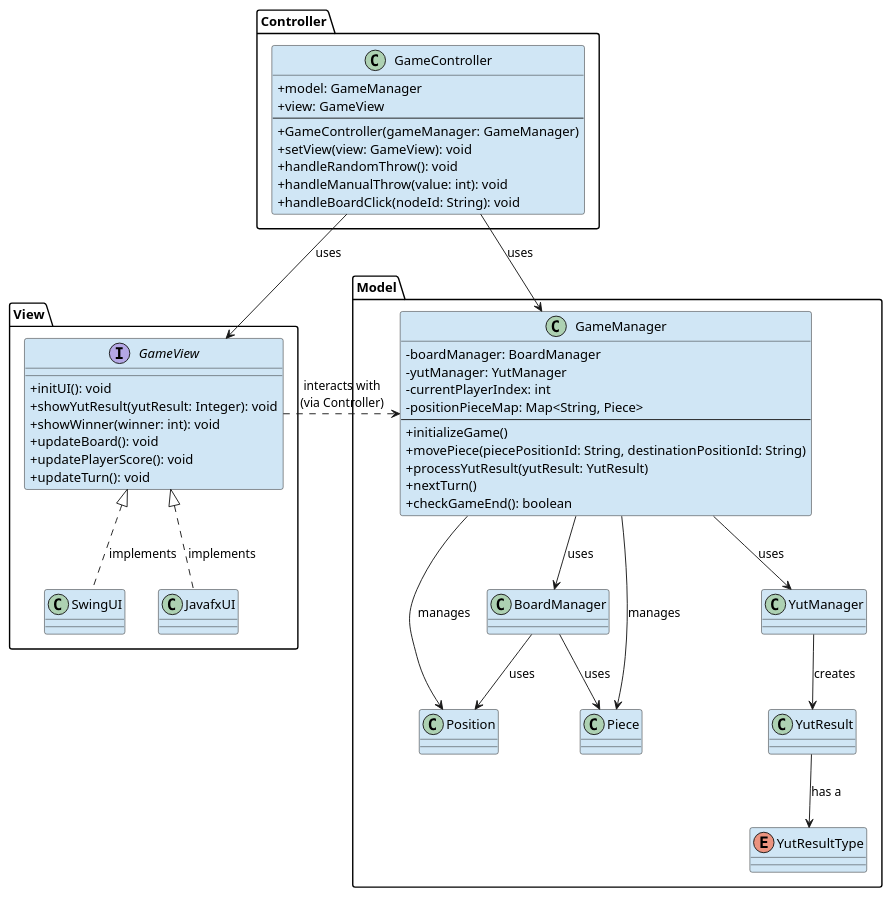
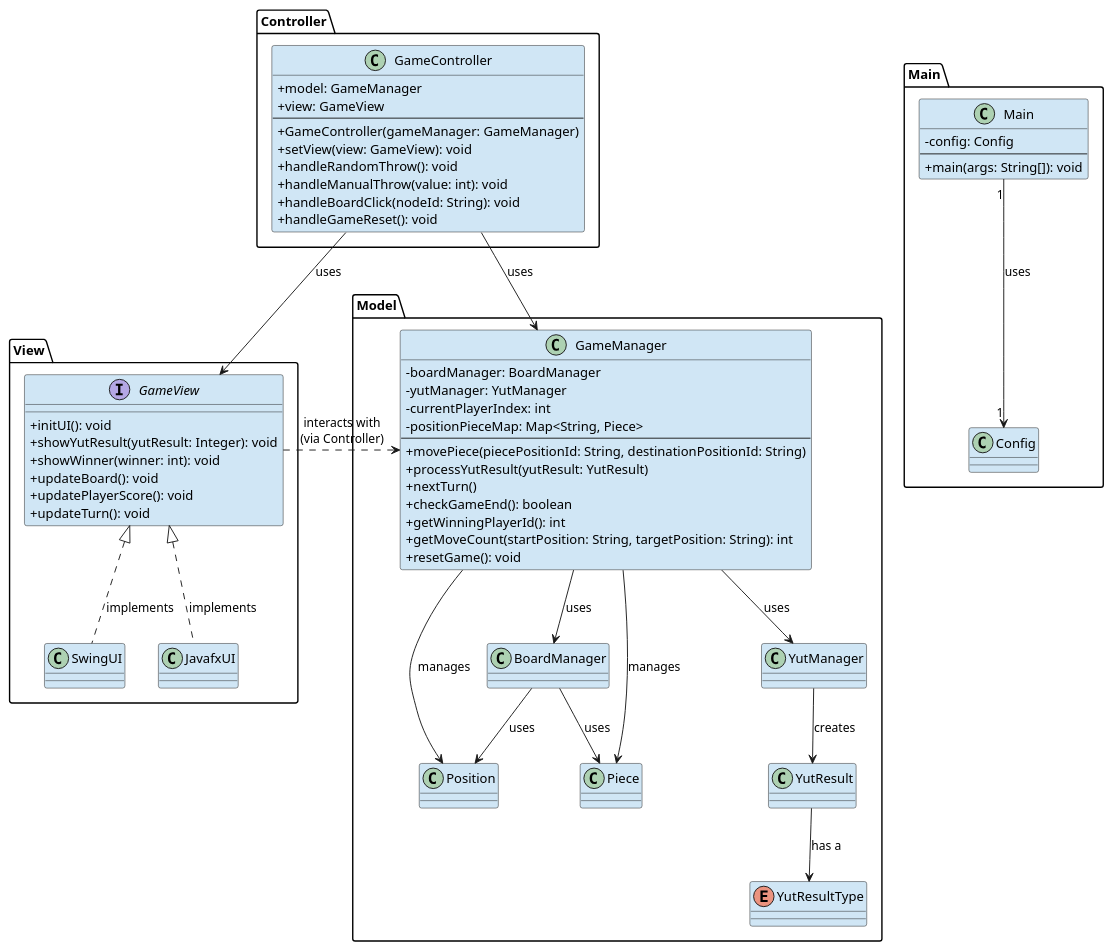
One commit to IISweetHeartII/CAU_Software_Engineering02_11 changed the diagram in diagrams/main-class-diagram.puml. Above: the diagram before and after it, drawn with PlantUML. The commit also changed 4 other files, not shown here.

Commit message:
fix: 다이어그램 추가

```diff
--- a/diagrams/main-class-diagram.puml
+++ b/diagrams/main-class-diagram.puml
@@ -1,75 +1,88 @@
 @startuml main-class-diagram.puml
 
 skinparam classAttributeIconSize 0
 skinparam classBackgroundColor #D0E6F5
 
 package Model {
   class GameManager {
     - boardManager: BoardManager
     - yutManager: YutManager
     - currentPlayerIndex: int
     - positionPieceMap: Map<String, Piece>
     --
-    + initializeGame()
     + movePiece(piecePositionId: String, destinationPositionId: String)
     + processYutResult(yutResult: YutResult)
     + nextTurn()
     + checkGameEnd(): boolean
+    + getWinningPlayerId(): int
+    + getMoveCount(startPosition: String, targetPosition: String): int
+    + resetGame(): void
   }
   class BoardManager
   class Piece
   class Position
   class YutManager
   class YutResult
   enum YutResultType
 
   GameManager --> BoardManager : uses
   GameManager --> YutManager : uses
   GameManager --> Piece : manages
   GameManager --> Position : manages
   YutManager --> YutResult : creates
   YutResult --> YutResultType : has a
   BoardManager --> Position : uses
   BoardManager --> Piece : uses
 }
 
 package View {
   interface GameView {
     + initUI(): void
     + showYutResult(yutResult: Integer): void
     + showWinner(winner: int): void
     + updateBoard(): void
     + updatePlayerScore(): void
     + updateTurn(): void
   }
   class SwingUI
   class JavafxUI
 
   GameView <|.. SwingUI : implements
   GameView <|.. JavafxUI : implements
 }
 
+package Main {
+  class Config
+  class Main {
+    - config: Config
+    --
+    + main(args: String[]): void
+  }
+  Main "1" --> "1" Config : uses  
+}
+
 package Controller {
   class GameController {
     + model: GameManager
     + view: GameView
     --
     + GameController(gameManager: GameManager)
     + setView(view: GameView): void
     + handleRandomThrow(): void
     + handleManualThrow(value: int): void
     + handleBoardClick(nodeId: String): void
+    + handleGameReset(): void
   }
 }
 
 ' MVC Relationships
 GameController --> Model.GameManager : uses
 GameController --> View.GameView : uses
 
 ' View interacts with Model via Controller (conceptual)
 ' This line represents the View needing data from the Model,
 ' typically facilitated by the Controller or by View observing Model.
 ' Since direct observation isn't shown, we imply interaction via Controller.
 View.GameView .> Model.GameManager : interacts with\n(via Controller)
 
 @enduml
```
